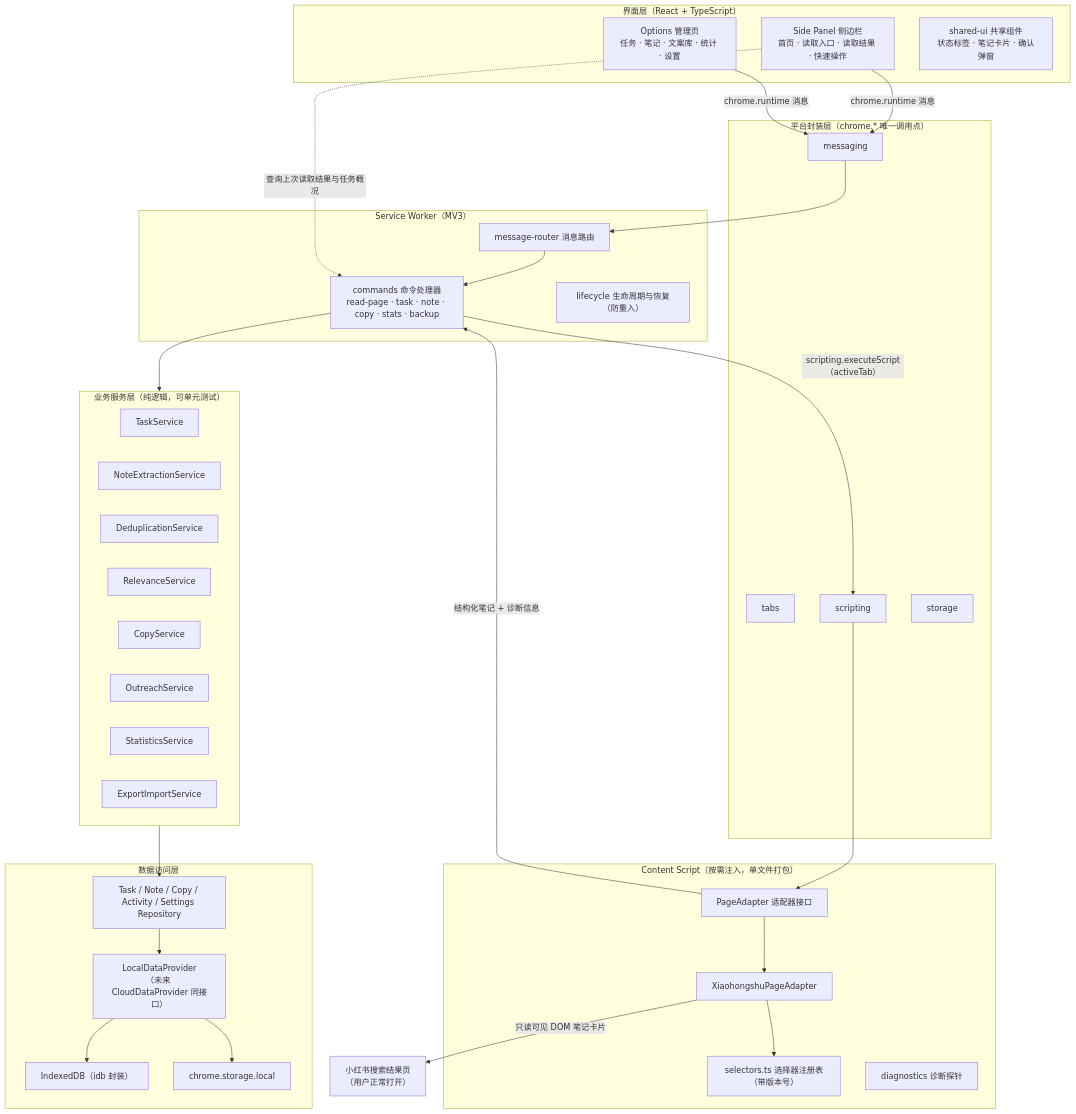
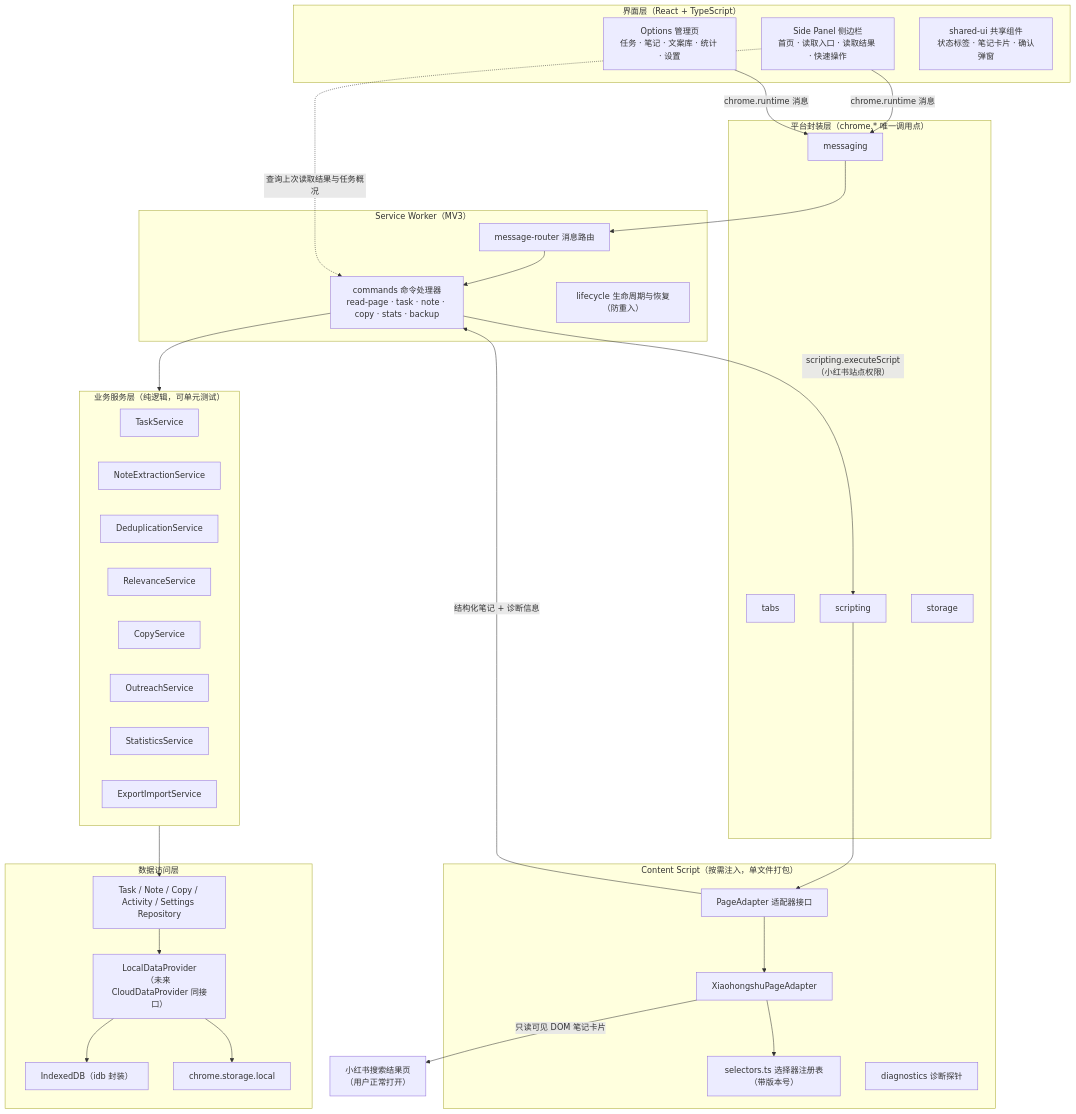
The diagram in docs/02-技术架构.md (covinlee5-del/canton-fair-assistant), drawn with Mermaid before and after one commit. The commit also changed other lines of this file and 7 other files, not shown here.

````diff
--- a/docs/02-技术架构.md
+++ b/docs/02-技术架构.md
@@ -5,65 +5,65 @@
 ```mermaid
 flowchart TB
     subgraph UI["界面层（React + TypeScript）"]
         SP["Side Panel 侧边栏<br/>首页 · 读取入口 · 读取结果 · 快速操作"]
         OP["Options 管理页<br/>任务 · 笔记 · 文案库 · 统计 · 设置"]
         SU["shared-ui 共享组件<br/>状态标签 · 笔记卡片 · 确认弹窗"]
     end
 
     subgraph PLATFORM["平台封装层（chrome.* 唯一调用点）"]
         MSG["messaging"]
         TABS["tabs"]
         SCP["scripting"]
         STG["storage"]
     end
 
     subgraph BG["Service Worker（MV3）"]
         RT["message-router 消息路由"]
         CM["commands 命令处理器<br/>read-page · task · note · copy · stats · backup"]
         LC["lifecycle 生命周期与恢复（防重入）"]
     end
 
     subgraph CS["Content Script（按需注入，单文件打包）"]
         PAI["PageAdapter 适配器接口"]
         XHS["XiaohongshuPageAdapter"]
         SEL["selectors.ts 选择器注册表（带版本号）"]
         DG["diagnostics 诊断探针"]
     end
 
     subgraph SVC["业务服务层（纯逻辑，可单元测试）"]
         TSK["TaskService"]
         EXT["NoteExtractionService"]
         DED["DeduplicationService"]
         REL["RelevanceService"]
         CPY["CopyService"]
         OUT["OutreachService"]
         STA["StatisticsService"]
         EIM["ExportImportService"]
     end
 
     subgraph DATA["数据访问层"]
         REPO["Task / Note / Copy / Activity / Settings Repository"]
         LDP["LocalDataProvider<br/>（未来 CloudDataProvider 同接口）"]
         IDB["IndexedDB（idb 封装）"]
         CST["chrome.storage.local"]
     end
 
     XHSR["小红书搜索结果页<br/>（用户正常打开）"]
 
     SP -- "chrome.runtime 消息" --> MSG
     OP -- "chrome.runtime 消息" --> MSG
     MSG --> RT
     RT --> CM
-    CM -->|"scripting.executeScript（activeTab）"| SCP
+    CM -->|"scripting.executeScript（小红书站点权限）"| SCP
     SCP --> PAI
     PAI --> XHS
     XHS --> SEL
     XHS -- "只读可见 DOM 笔记卡片" --> XHSR
     PAI -- "结构化笔记 + 诊断信息" --> CM
     CM --> SVC
     SVC --> REPO
     REPO --> LDP
     LDP --> IDB
     LDP --> CST
     SP -. "查询上次读取结果与任务概况" .-> CM
 ```
````
